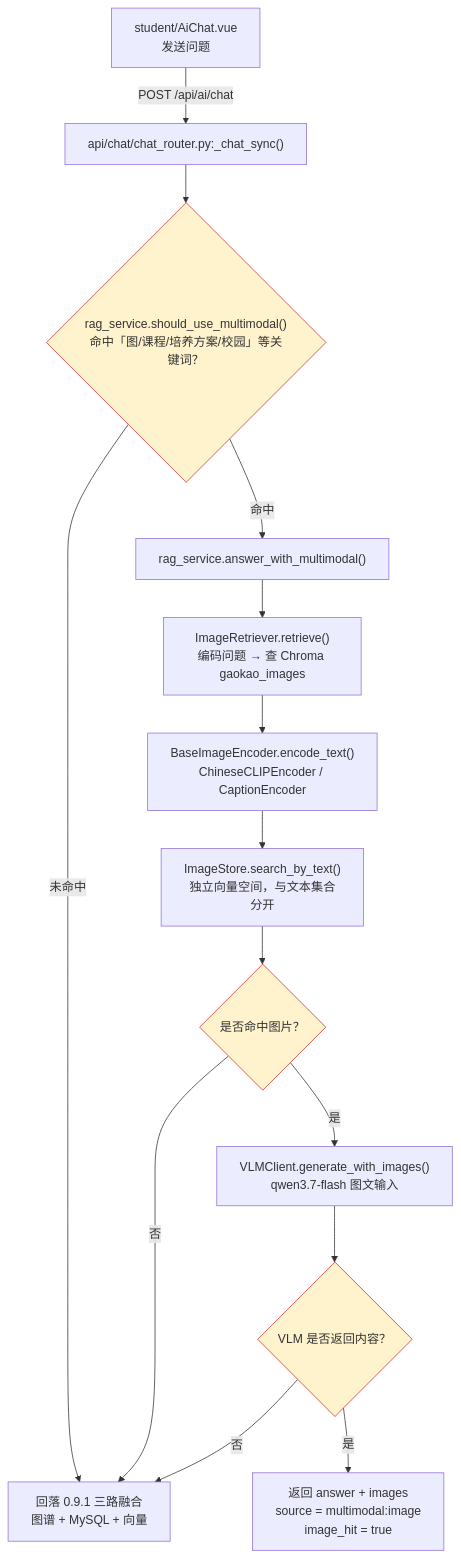
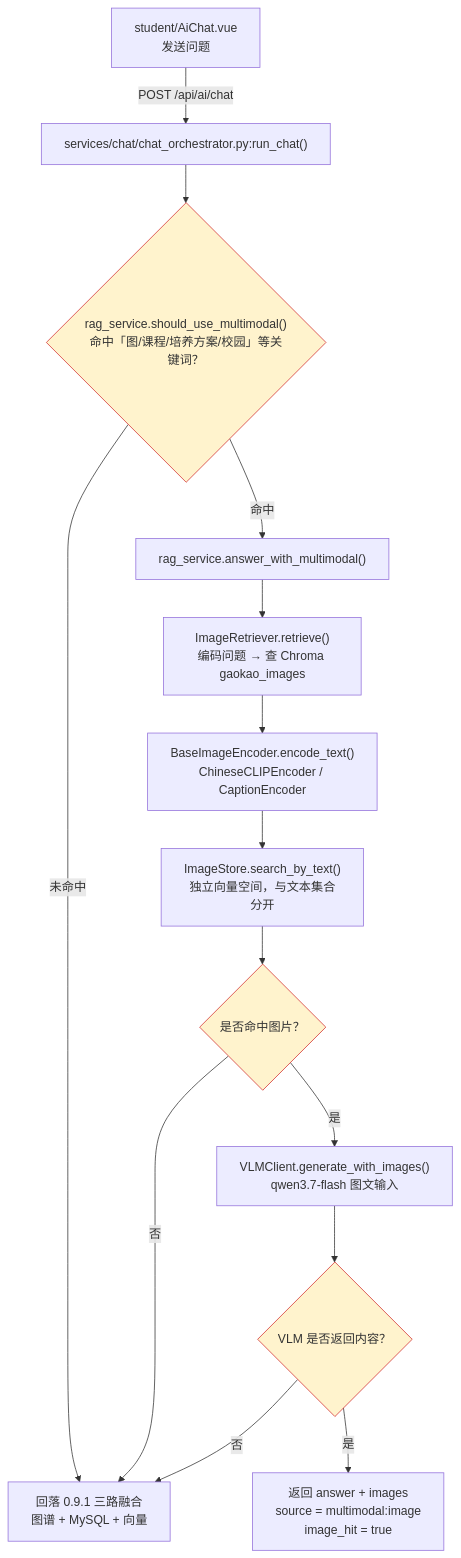
The seventh of 12 diagrams in README.md (TS-DE/college-application-process), drawn with Mermaid before and after one commit. The commit also changed other lines of this file and 9 other files, not shown here.

````diff
--- a/README.md
+++ b/README.md
@@ -796,21 +800,21 @@
 ```mermaid
 graph TD
-    A["student/AiChat.vue<br/>发送问题"] -->|"POST /api/ai/chat"| B["api/chat/chat_router.py:_chat_sync()"]
+    A["student/AiChat.vue<br/>发送问题"] -->|"POST /api/ai/chat"| B["services/chat/chat_orchestrator.py:run_chat()"]
     B --> C{"rag_service.should_use_multimodal()<br/>命中「图/课程/培养方案/校园」等关键词？"}
     C -->|"未命中"| Z["回落 0.9.1 三路融合<br/>图谱 + MySQL + 向量"]
     C -->|"命中"| D["rag_service.answer_with_multimodal()"]
 
     D --> E["ImageRetriever.retrieve()<br/>编码问题 → 查 Chroma gaokao_images"]
     E --> F["BaseImageEncoder.encode_text()<br/>ChineseCLIPEncoder / CaptionEncoder"]
     F --> G["ImageStore.search_by_text()<br/>独立向量空间，与文本集合分开"]
     G --> H{"是否命中图片？"}
     H -->|"否"| Z
     H -->|"是"| I["VLMClient.generate_with_images()<br/>qwen3.7-flash 图文输入"]
     I --> J{"VLM 是否返回内容？"}
     J -->|"否"| Z
     J -->|"是"| K["返回 answer + images<br/>source = multimodal:image<br/>image_hit = true"]
 
     style C fill:#fff3cd,stroke:#d32f2f
     style H fill:#fff3cd,stroke:#d32f2f
     style J fill:#fff3cd,stroke:#d32f2f
 ```
````
